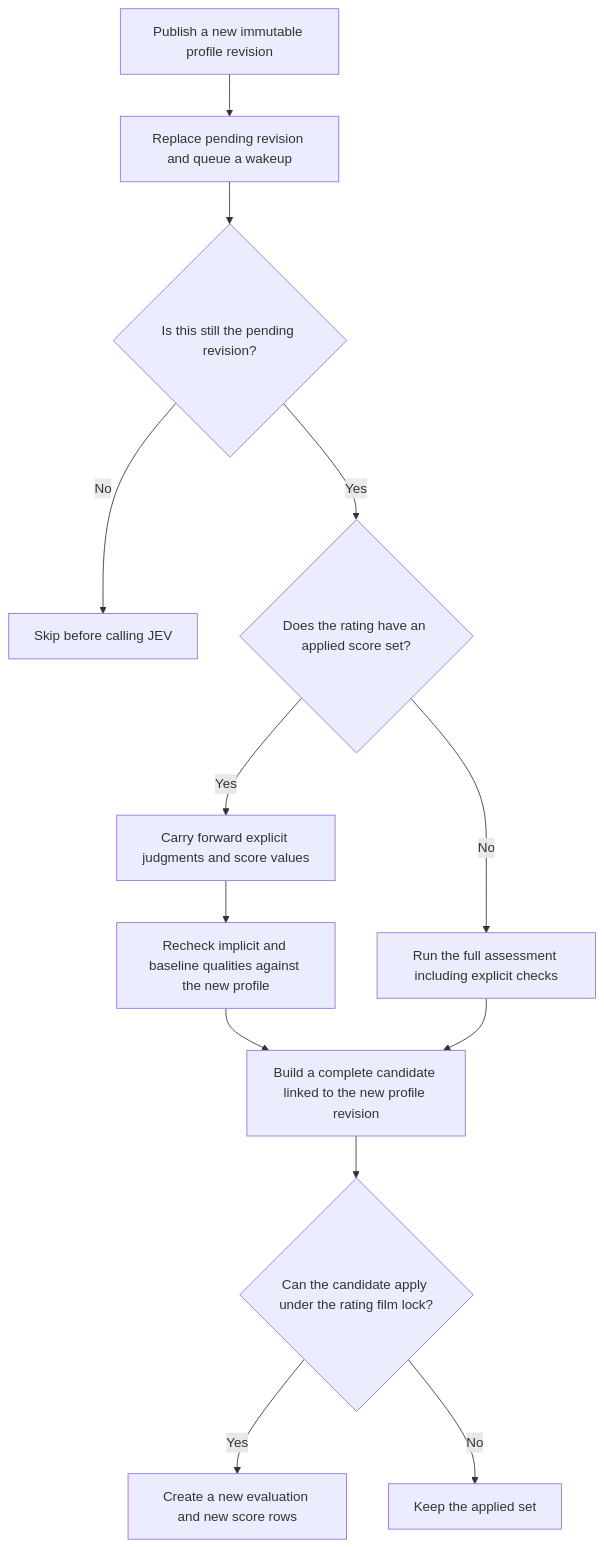
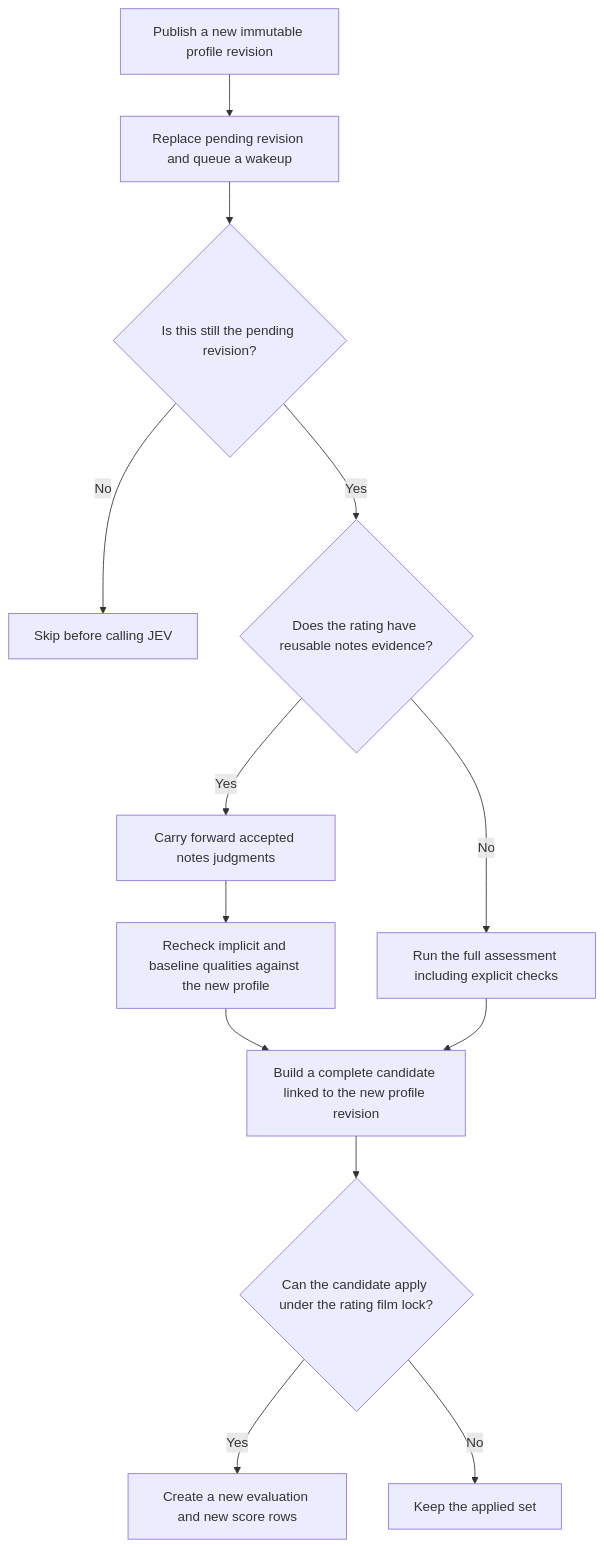
Before and after one commit to adambelton/glutton: the fifth of 6 diagrams in docs/ratings_scoring_design.md, drawn with Mermaid. The commit also changed other lines of this file and 36 other files, not shown here.

````diff
--- a/docs/ratings_scoring_design.md
+++ b/docs/ratings_scoring_design.md
@@ -148,15 +148,15 @@
 ```mermaid
 flowchart TD
     A["Publish a new immutable profile revision"] --> B["Replace pending revision and queue a wakeup"]
     B --> P{"Is this still the pending revision?"}
     P -- No --> S["Skip before calling JEV"]
-    P -- Yes --> C{"Does the rating have an applied score set?"}
-    C -- Yes --> D["Carry forward explicit judgments and score values"]
+    P -- Yes --> C{"Does the rating have reusable notes evidence?"}
+    C -- Yes --> D["Carry forward accepted notes judgments"]
     D --> E["Recheck implicit and baseline qualities against the new profile"]
     C -- No --> F["Run the full assessment including explicit checks"]
     E --> G["Build a complete candidate linked to the new profile revision"]
     F --> G
     G --> H{"Can the candidate apply under the rating film lock?"}
     H -- Yes --> I["Create a new evaluation and new score rows"]
     H -- No --> J["Keep the applied set"]
 ```
````
